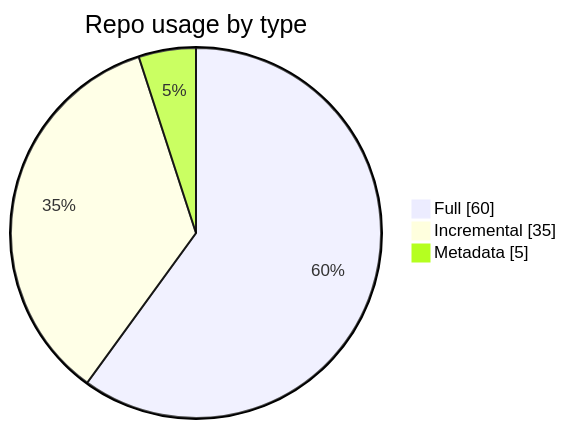
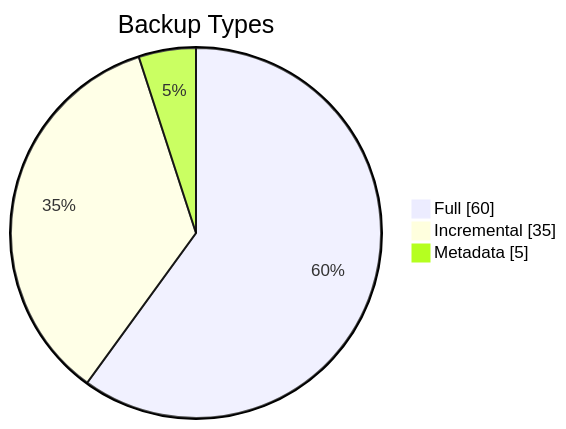
The eighth of 9 diagrams in 01-Concept/backup_concept.md (LieutenantJimmy/M143_PE24c_Homelab_Backup_Concept), drawn with Mermaid before and after one commit. The commit also changed other lines of this file, not shown here.

````diff
--- a/01-Concept/backup_concept.md
+++ b/01-Concept/backup_concept.md
@@ -96,7 +108,7 @@
 ```mermaid
 pie showData
-  title Repo usage by type
+  title Backup Types
   "Full" : 60
   "Incremental" : 35
   "Metadata" : 5
 ```
````
